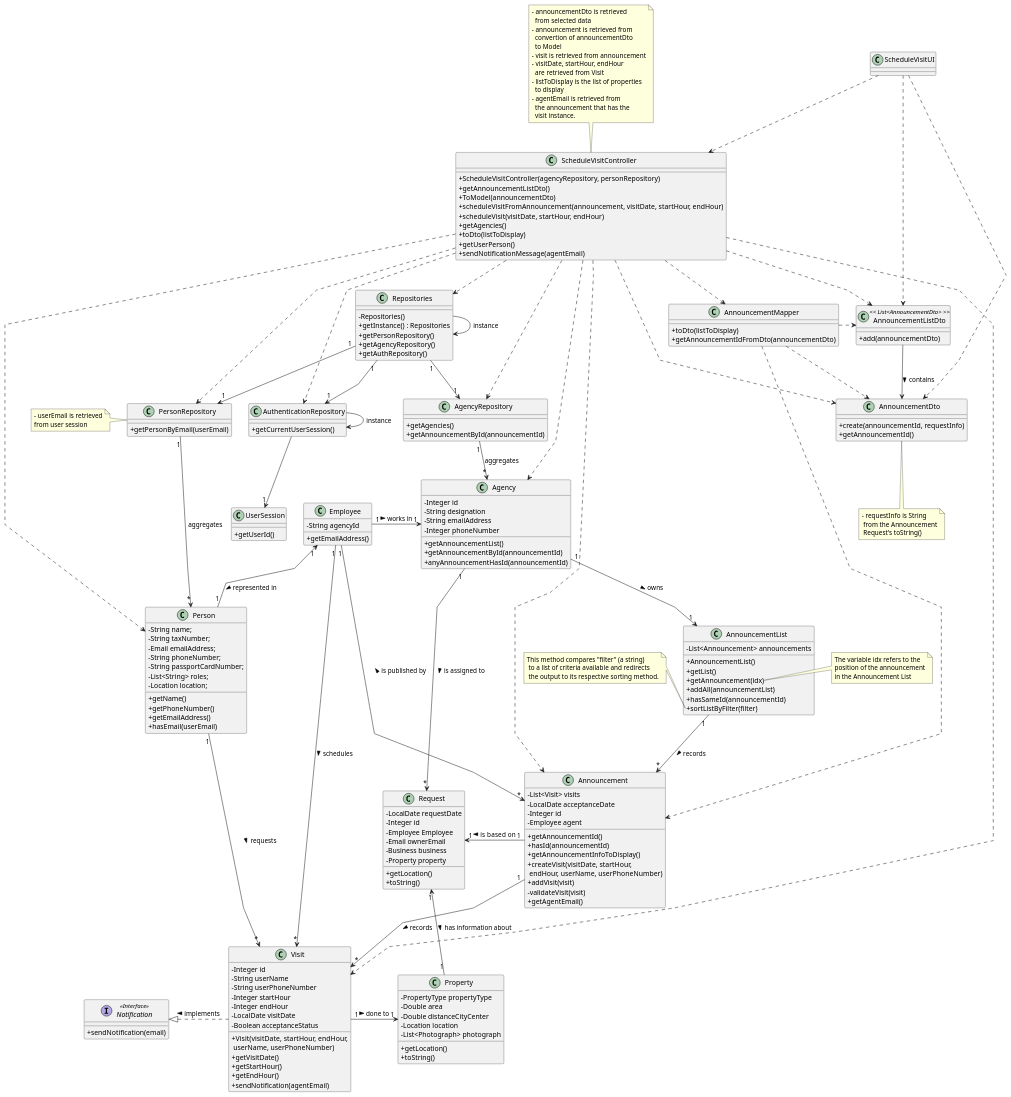
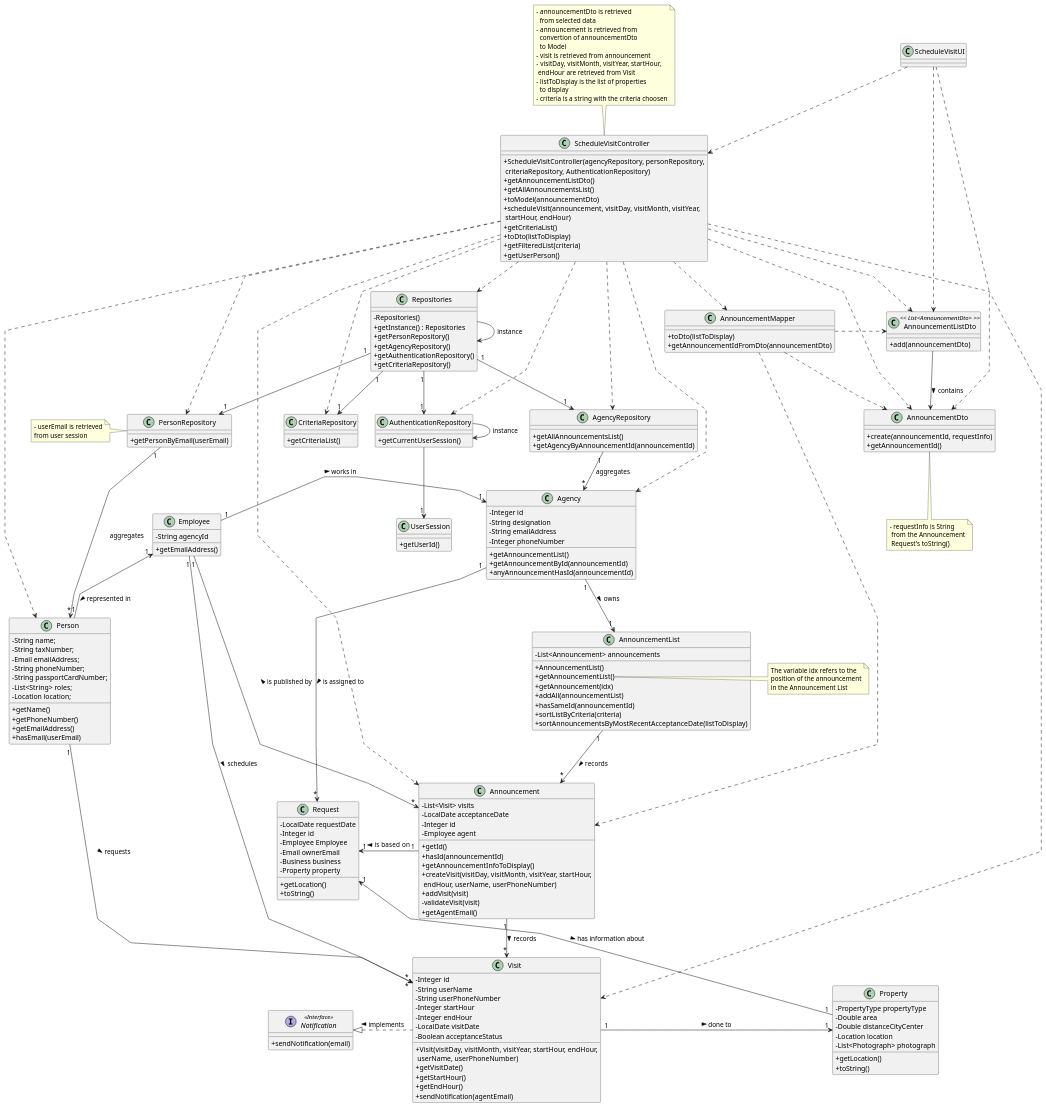
One commit to rita-barbosa/LAPR2-2223 changed the diagram in docs/sprintC/us009/03.design/puml/us009-class-diagram.puml. Above: the diagram before and after it, drawn with PlantUML. The commit also changed 2 other files, not shown here.

```diff
--- a/docs/sprintC/us009/03.design/puml/us009-class-diagram.puml
+++ b/docs/sprintC/us009/03.design/puml/us009-class-diagram.puml
@@ -27,7 +27,7 @@
     - Integer endHour
     - LocalDate visitDate
     - Boolean acceptanceStatus
-    + Visit(visitDate, startHour, endHour,\n userName, userPhoneNumber)
+    + Visit(visitDay, visitMonth, visitYear, startHour, endHour,\n userName, userPhoneNumber)
     + getVisitDate()
     + getStartHour()
     + getEndHour()
@@ -35,8 +35,8 @@
 }
 
 class AgencyRepository {
-    + getAgencies()
-    + getAnnouncementById(announcementId)
+    + getAllAnnouncementsList()
+    + getAgencyByAnnouncementId(announcementId)
 }
 
 class Agency {
@@ -54,19 +54,20 @@
     + getInstance() : Repositories
     + getPersonRepository()
     + getAgencyRepository()
-    + getAuthRepository()
+    + getAuthenticationRepository()
+    + getCriteriaRepository()
 }
 
 class ScheduleVisitController {
-    + ScheduleVisitController(agencyRepository, personRepository)
+    + ScheduleVisitController(agencyRepository, personRepository,\n criteriaRepository, AuthenticationRepository)
     + getAnnouncementListDto()
-    + ToModel(announcementDto)
-    + scheduleVisitFromAnnouncement(announcement, visitDate, startHour, endHour)
-    + scheduleVisit(visitDate, startHour, endHour)
-    + getAgencies()
+    + getAllAnnouncementsList()
+    + toModel(announcementDto)
+    + scheduleVisit(announcement, visitDay, visitMonth, visitYear,\n startHour, endHour)
+    + getCriteriaList()
     + toDto(listToDisplay)
+    + getFilteredList(criteria)
     + getUserPerson()
-    + sendNotificationMessage(agentEmail)
 }
 
 note top of ScheduleVisitController
@@ -76,13 +77,11 @@
       convertion of announcementDto
       to Model
     - visit is retrieved from announcement
-    - visitDate, startHour, endHour
-      are retrieved from Visit
+    - visitDay, visitMonth, visitYear, startHour,
+     endHour are retrieved from Visit
     - listToDisplay is the list of properties
       to display
-    - agentEmail is retrieved from
-      the announcement that has the
-      visit instance.
+    - criteria is a string with the criteria choosen
 end note
 
 class ScheduleVisitUI {
@@ -93,14 +92,13 @@
     - LocalDate acceptanceDate
     - Integer id
     - Employee agent
-    + getAnnouncementId()
+    + getId()
     + hasId(announcementId)
     + getAnnouncementInfoToDisplay()
-    + createVisit(visitDate, startHour,\n endHour, userName, userPhoneNumber)
+    + createVisit(visitDay, visitMonth, visitYear, startHour,\n endHour, userName, userPhoneNumber)
     + addVisit(visit)
     - validateVisit(visit)
     + getAgentEmail()
-
 }
 
 class AnnouncementMapper {
@@ -111,11 +109,12 @@
 class AnnouncementList {
     - List<Announcement> announcements
     + AnnouncementList()
-    + getList()
+    + getAnnouncementList()
     + getAnnouncement(idx)
     + addAll(announcementList)
     + hasSameId(announcementId)
-    + sortListByFilter(filter)
+    + sortListByCriteria(criteria)
+    + sortAnnouncementsByMostRecentAcceptanceDate(listToDisplay)
 }
 
 note right of AnnouncementList::getAnnouncement
@@ -125,7 +124,7 @@
 end note
 
 note left of AnnouncementList::sortListByFilter
-This method compares "filter" (a string)
+This method compares "criteria" (a string)
  to a list of criteria available and redirects
  the output to its respective sorting method.
 end note
@@ -197,6 +196,10 @@
     + getPersonByEmail(userEmail)
 }
 
+class CriteriaRepository {
+    + getCriteriaList()
+}
+
 note left of PersonRepository
     - userEmail is retrieved
     from user session
@@ -222,11 +225,15 @@
 
 Repositories "1" --> "1" PersonRepository
 
+Repositories "1" --> "1" CriteriaRepository
+
 Repositories "1" --> "1" AgencyRepository
 
 Repositories "1" --> "1" AuthenticationRepository
 
 ScheduleVisitController ..> PersonRepository
+
+ScheduleVisitController ..> CriteriaRepository
 
 ScheduleVisitController ..> AgencyRepository
 
```
